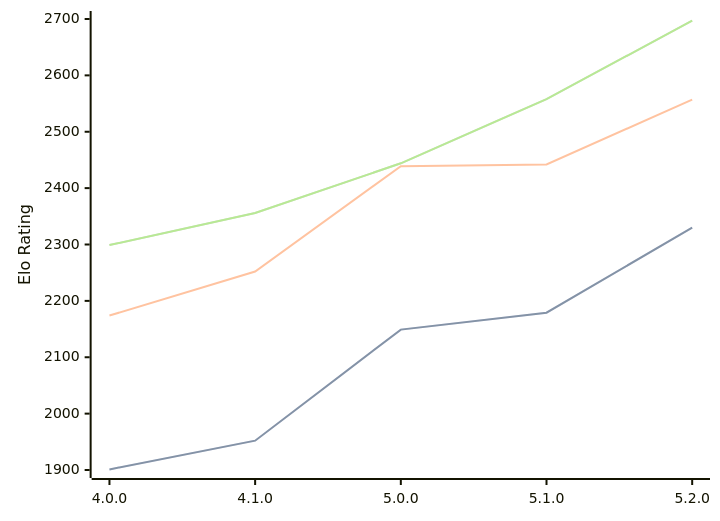
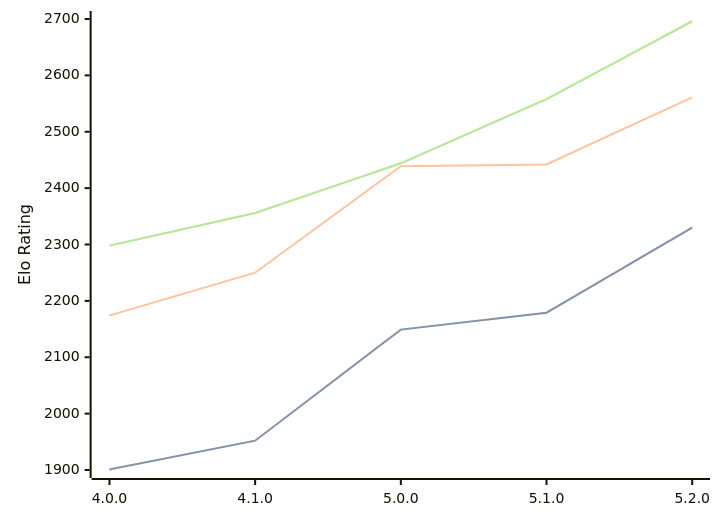
Before and after one commit to computer-chess-index/cci: the first of 3 diagrams in engines/Aconcagua.md, drawn with Mermaid. The commit also changed other lines of this file, not shown here.

Commit message:
Update CCI Ratings (ELO VLTC) - 2026-06-30

````diff
--- a/engines/Aconcagua.md
+++ b/engines/Aconcagua.md
@@ -44,11 +44,11 @@
 ```mermaid
 %%{init: {"theme":"base","themeVariables":{"seriesColors:['#a3a3a3','#222221','#faa371']}}}%%
 xychart-beta
   x-axis ["4.0.0", "4.1.0", "5.0.0", "5.1.0", "5.2.0"]
   y-axis "Elo Rating" 1900 --> 2700
   line "STC (8.0+0.08s)" [1901, 1952, 2149, 2179, 2330]
   line "STC (8.0+0.08s)" [1901, 1952, 2149, 2179, 2330]
-  line "LTC (60.0+0.60s)" [2174, 2252, 2439, 2442, 2557]
-  line "VLTC (2m24s+1.12s)" [2299, 2356, 2444, 2558, 2697]
-  line "VLTC (2m24s+1.12s)" [2299, 2356, 2444, 2558, 2697]
+  line "LTC (60.0+0.60s)" [2174, 2250, 2439, 2442, 2561]
+  line "VLTC (2m24s+1.12s)" [2298, 2356, 2444, 2558, 2696]
+  line "VLTC (2m24s+1.12s)" [2298, 2356, 2444, 2558, 2696]
 ```
````
